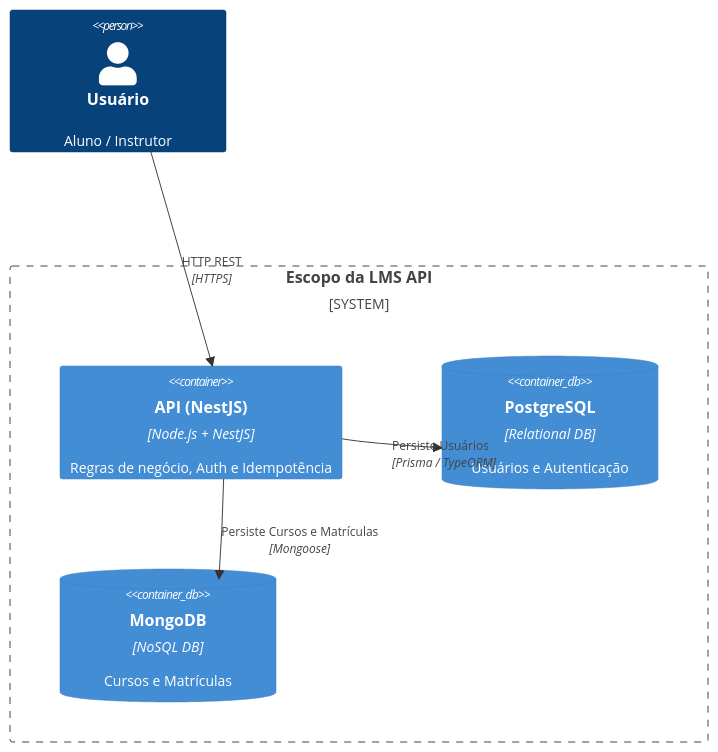
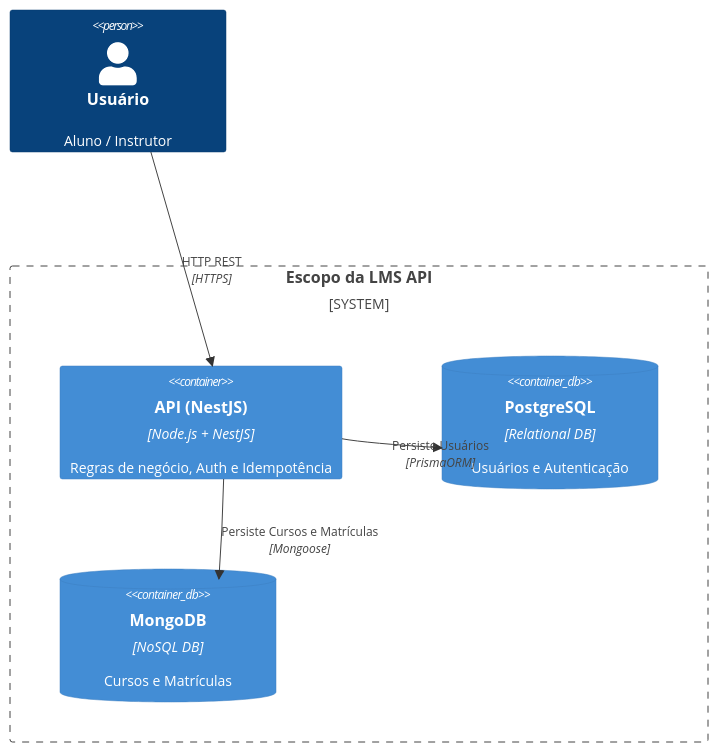
Before and after one commit to Rayck4dev/LMS-API_E-Learning: the fourth of 5 diagrams in README.md, drawn with Mermaid. The commit also changed other lines of this file and 13 other files, not shown here.

Commit message:
feat: implement LMS API with NestJS, JWT Auth, RBAC, Mongo, Postgres and Swagger docs

````diff
--- a/README.md
+++ b/README.md
@@ -49,17 +166,17 @@
 ```mermaid
 C4Container
     UpdateLayoutConfig($c4ShapeInRow="2", $c4BoundaryInRow="1")
 
     Person(user, "Usuário", "Aluno / Instrutor")
 
     System_Boundary(c1, "Escopo da LMS API") {
         Container(api, "API (NestJS)", "Node.js + NestJS", "Regras de negócio, Auth e Idempotência")
         ContainerDb(postgres, "PostgreSQL", "Relational DB", "Usuários e Autenticação")
         ContainerDb(mongo, "MongoDB", "NoSQL DB", "Cursos e Matrículas")
     }
 
     Rel(user, api, "HTTP REST", "HTTPS")
-    Rel(api, postgres, "Persiste Usuários", "Prisma / TypeORM")
+    Rel(api, postgres, "Persiste Usuários", "PrismaORM")
     Rel(api, mongo, "Persiste Cursos e Matrículas", "Mongoose")
 
 ```
````
